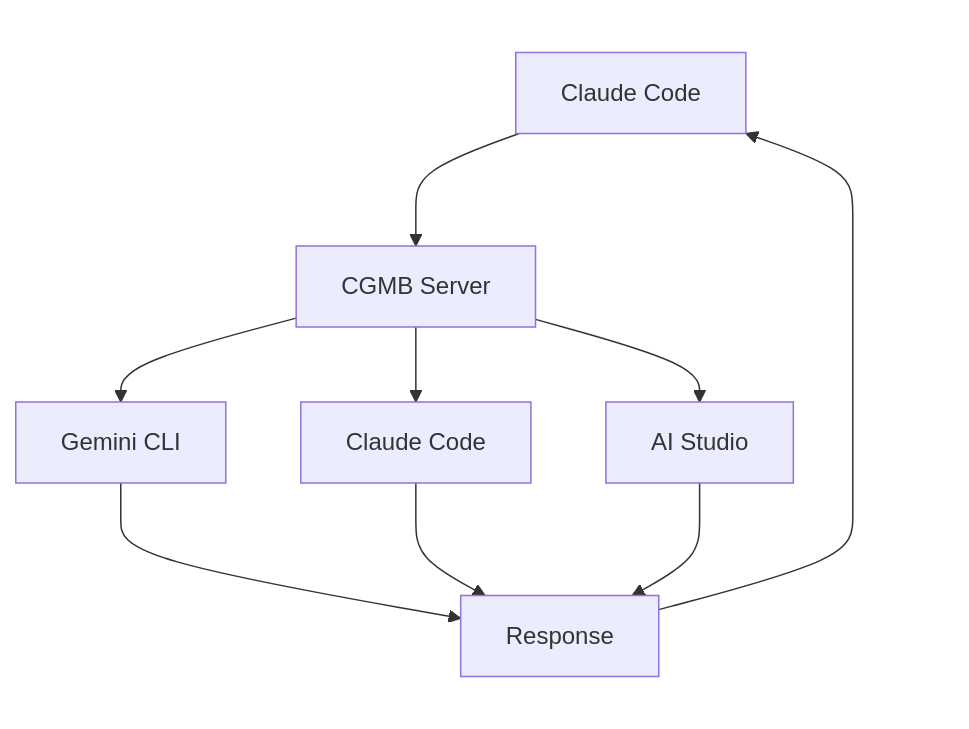
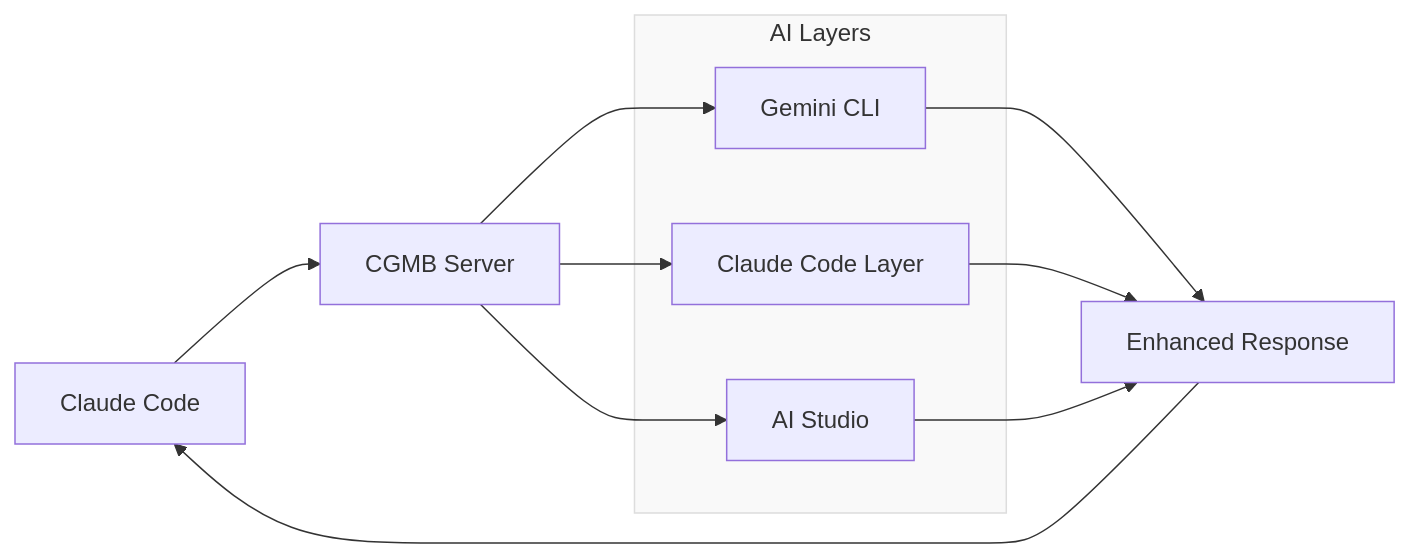
The diagram in README.md (goodaymmm/claude-gemini-multimodal-bridge), drawn with Mermaid before and after one commit.

Commit message:
🎨 redesign: Horizontal architecture layout with grouped layers
- Change from vertical (TD) to horizontal (LR) layout
- Group AI layers in a visually distinct subgraph
- Create balanced left-to-right flow: Claude Code → CGMB → Layers → Response
- Improve symmetry and visual appeal

🤖 Generated with [Claude Code](https://claude.ai/code)

````diff
--- a/README.md
+++ b/README.md
@@ -36,25 +36,22 @@
 ```mermaid
-flowchart TD
-    subgraph top [" "]
-        A[Claude Code]
-    end
-    
-    A --> B[CGMB Server]
+flowchart LR
+    A[Claude Code] --> B[CGMB Server]
     
     B --> C[Gemini CLI]
-    B --> D[Claude Code] 
+    B --> D[Claude Code Layer]
     B --> E[AI Studio]
     
-    C --> F[Response]
+    C --> F[Enhanced Response]
     D --> F
     E --> F
     
-    subgraph bottom [" "]
-        F
+    F --> A
+    
+    subgraph layers [" AI Layers "]
+        C
+        D  
+        E
     end
     
-    F --> A
-    
-    style top fill:none,stroke:none
-    style bottom fill:none,stroke:none
+    style layers fill:#f9f9f9,stroke:#ddd,stroke-width:1px
 ```
````
